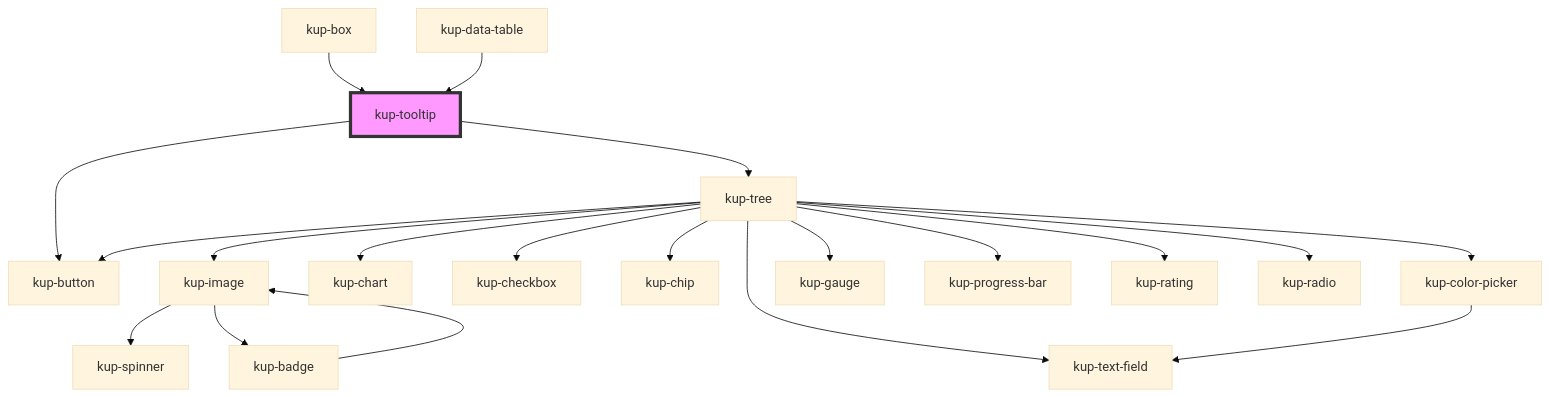
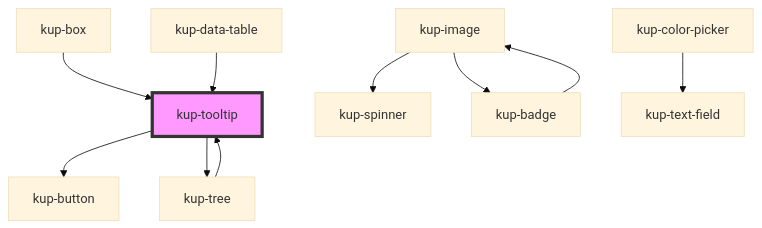
Before and after one commit to smeup/ketchup: the diagram in packages/ketchup/src/components/kup-tooltip/readme.md, drawn with Mermaid (base theme). The commit also changed other lines of this file and 7 other files, not shown here.

````diff
--- a/packages/ketchup/src/components/kup-tooltip/readme.md
+++ b/packages/ketchup/src/components/kup-tooltip/readme.md
@@ -70,23 +71,13 @@
 ```mermaid
 graph TD;
   kup-tooltip --> kup-button
   kup-tooltip --> kup-tree
-  kup-tree --> kup-image
-  kup-tree --> kup-button
-  kup-tree --> kup-chart
-  kup-tree --> kup-checkbox
-  kup-tree --> kup-chip
-  kup-tree --> kup-color-picker
-  kup-tree --> kup-gauge
-  kup-tree --> kup-progress-bar
-  kup-tree --> kup-rating
-  kup-tree --> kup-radio
-  kup-tree --> kup-text-field
+  kup-tree --> kup-tooltip
   kup-image --> kup-spinner
   kup-image --> kup-badge
   kup-badge --> kup-image
   kup-color-picker --> kup-text-field
   kup-box --> kup-tooltip
   kup-data-table --> kup-tooltip
   style kup-tooltip fill:#f9f,stroke:#333,stroke-width:4px
 ```
````
